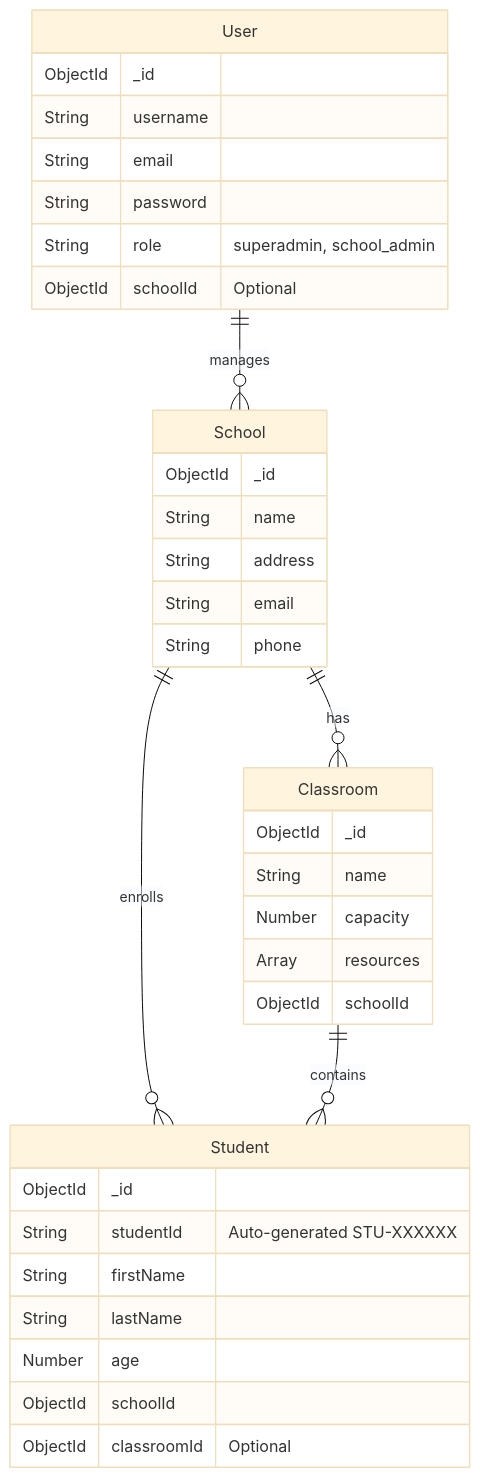
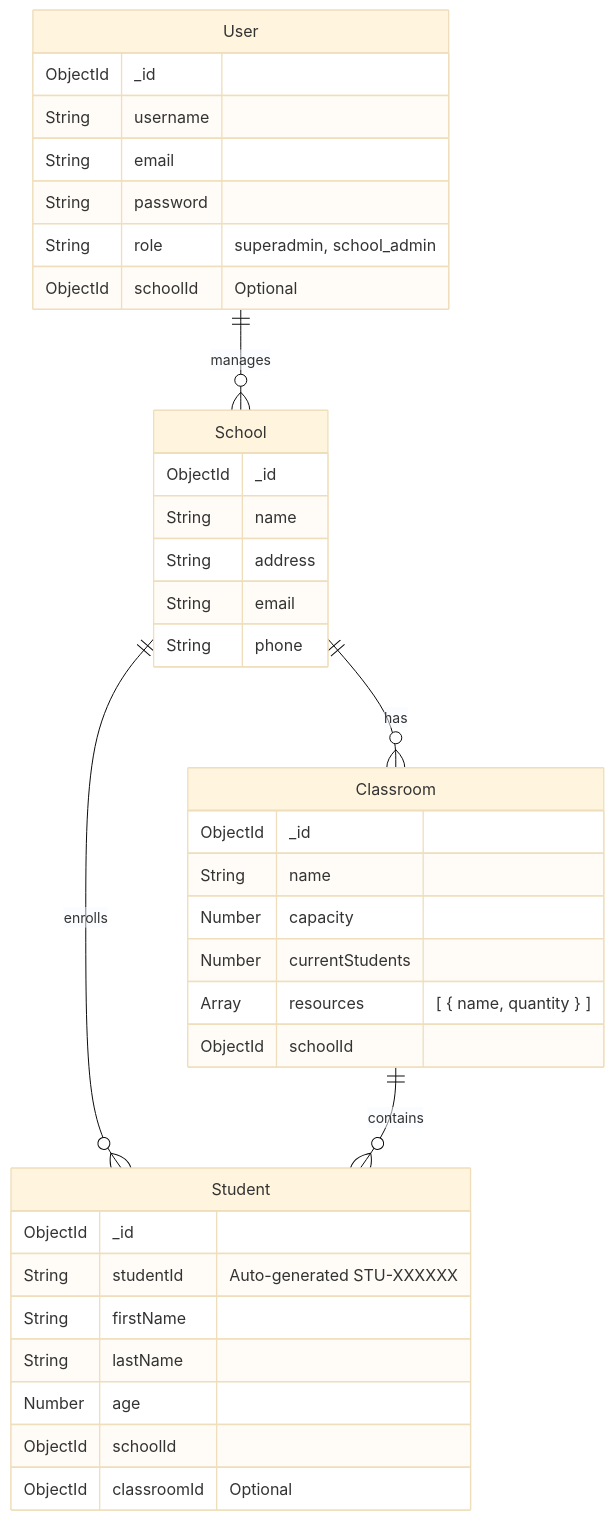
One commit to Ndife/axion-api changed the diagram in README.md. Above: the diagram before and after it, drawn with Mermaid (base theme).

Commit message:
docs: Add `currentStudents` field to Classroom schema and clarify `resources` array format.

````diff
--- a/README.md
+++ b/README.md
@@ -17,42 +17,43 @@
 ```mermaid
 erDiagram
     User {
         ObjectId _id
         String username
         String email
         String password
         String role "superadmin, school_admin"
         ObjectId schoolId "Optional"
     }
 
     School {
         ObjectId _id
         String name
         String address
         String email
         String phone
     }
 
     Classroom {
         ObjectId _id
         String name
         Number capacity
-        Array resources
+        Number currentStudents
+        Array resources "[ { name, quantity } ]"
         ObjectId schoolId
     }
 
     Student {
         ObjectId _id
         String studentId "Auto-generated STU-XXXXXX"
         String firstName
         String lastName
         Number age
         ObjectId schoolId
         ObjectId classroomId "Optional"
     }
 
     User ||--o{ School : "manages"
     School ||--o{ Classroom : "has"
     School ||--o{ Student : "enrolls"
     Classroom ||--o{ Student : "contains"
 ```
````
